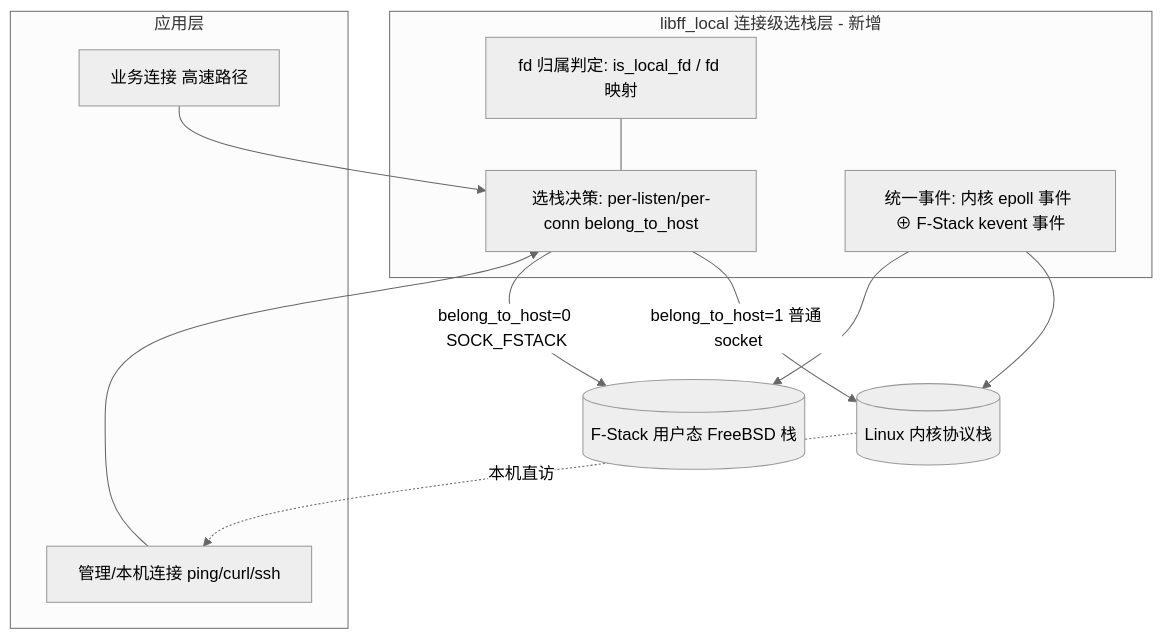
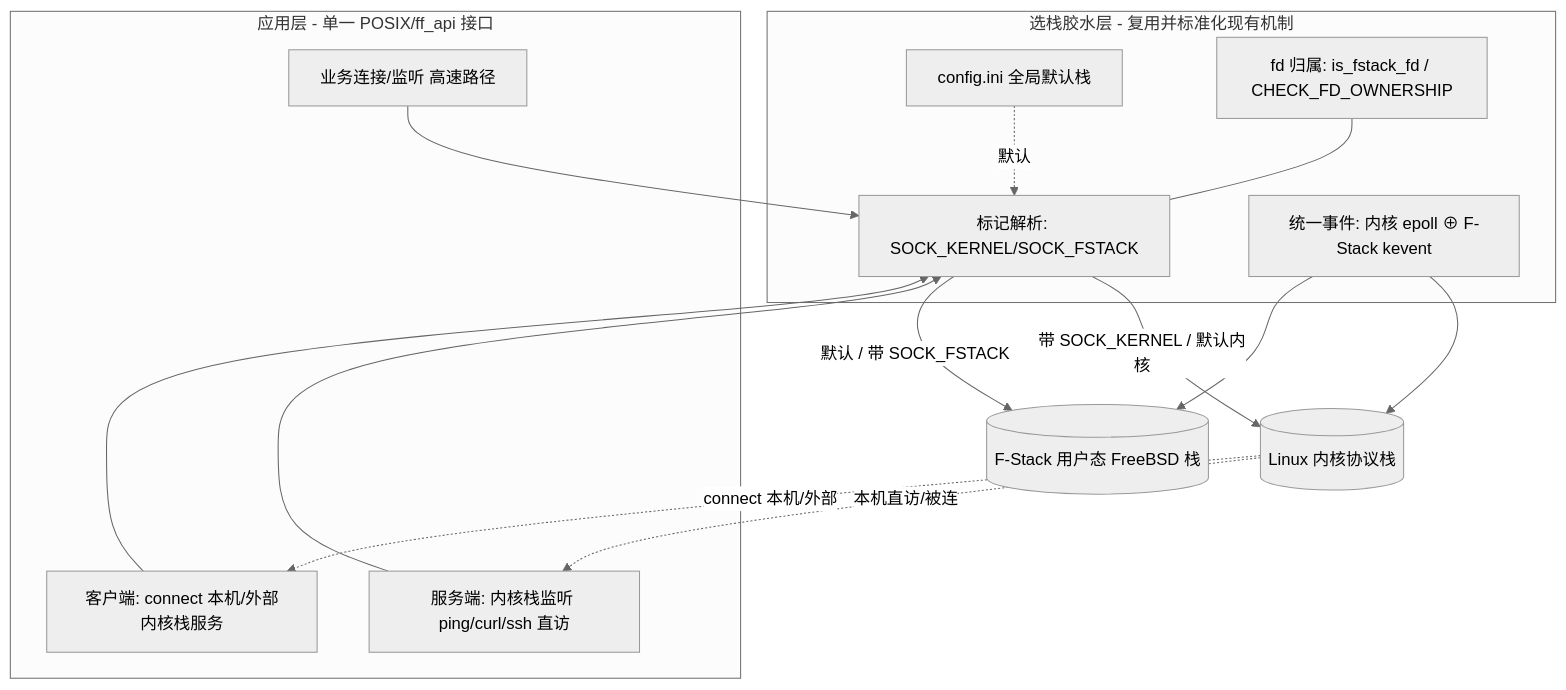
The diagram in docs/kernel_event_support_spec/zh_cn/04-architecture-design.md (F-Stack/f-stack), drawn with Mermaid (neutral theme) before and after one commit. The commit also changed other lines of this file and 8 other files, not shown here.

First line of the commit message:
docs: rework kernel_event_support spec (zh_cn) to single-API marker-based stack selection

````diff
--- a/docs/kernel_event_support_spec/zh_cn/04-architecture-design.md
+++ b/docs/kernel_event_support_spec/zh_cn/04-architecture-design.md
@@ -23,23 +28,28 @@
 ```mermaid
 graph TD
-    subgraph APP[应用层]
-      A1[业务连接 高速路径]
-      A2[管理/本机连接 ping/curl/ssh]
+    subgraph APP[应用层 - 单一 POSIX/ff_api 接口]
+      A1[业务连接/监听 高速路径]
+      A2[服务端: 内核栈监听 ping/curl/ssh 直访]
+      A3[客户端: connect 本机/外部内核栈服务]
     end
-    subgraph LIB[libff_local 连接级选栈层 - 新增]
-      SEL[选栈决策: per-listen/per-conn belong_to_host]
-      OWN[fd 归属判定: is_local_fd / fd 映射]
-      EV[统一事件: 内核 epoll 事件 ⊕ F-Stack kevent 事件]
+    subgraph GLUE[选栈胶水层 - 复用并标准化现有机制]
+      MK[标记解析: SOCK_KERNEL/SOCK_FSTACK]
+      CF[config.ini 全局默认栈]
+      OWN[fd 归属: is_fstack_fd / CHECK_FD_OWNERSHIP]
+      EV[统一事件: 内核 epoll ⊕ F-Stack kevent]
     end
     K[(Linux 内核协议栈)]
     F[(F-Stack 用户态 FreeBSD 栈)]
 
-    A1 --> SEL
-    A2 --> SEL
-    SEL -->|belong_to_host=1 普通 socket| K
-    SEL -->|belong_to_host=0 SOCK_FSTACK| F
-    OWN --- SEL
+    A1 --> MK
+    A2 --> MK
+    A3 --> MK
+    CF -.默认.-> MK
+    MK -->|带 SOCK_KERNEL / 默认内核| K
+    MK -->|默认 / 带 SOCK_FSTACK| F
+    OWN --- MK
     EV --> K
     EV --> F
-    K -.本机直访.-> A2
+    K -.本机直访/被连.-> A2
+    K -.connect 本机/外部.-> A3
 ```
````
